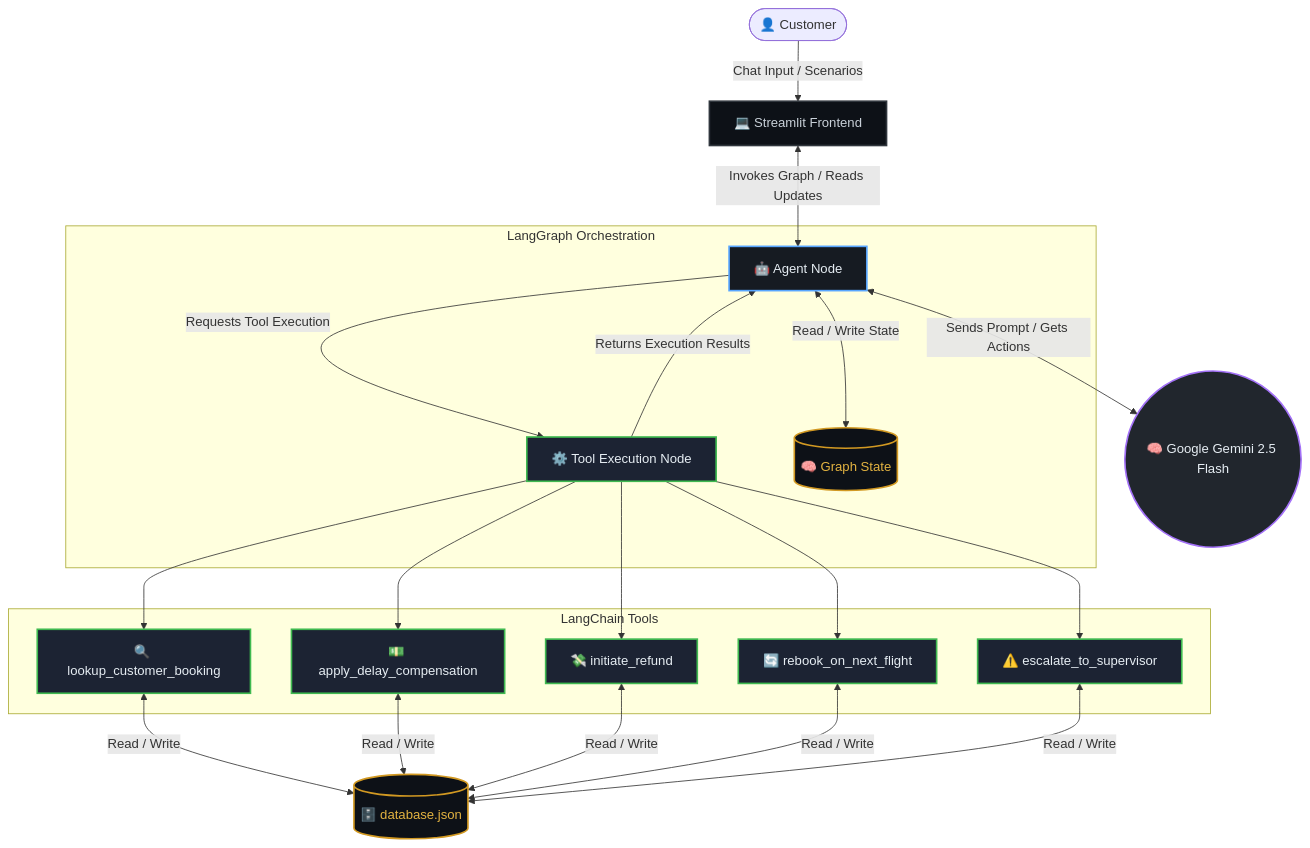
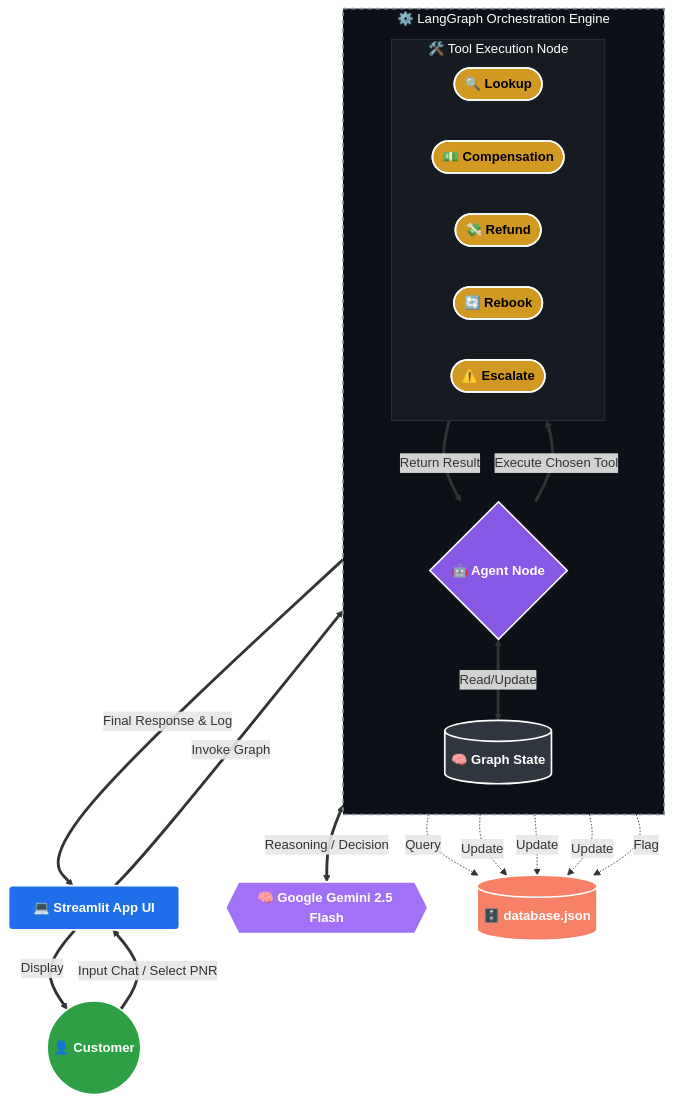
One commit to ShubhamPandey020525/Costumer-Interection-Agent changed the diagram in README.md. Above: the diagram before and after it, drawn with Mermaid.

Commit message:
Updated architecture diagram to be extremely beautiful with advanced Mermaid styling

````diff
--- a/README.md
+++ b/README.md
@@ -31,52 +31,51 @@
 ```mermaid
-graph TD
-    %% Styling
-    classDef ui fill:#0d1117,stroke:#30363d,stroke-width:2px,color:#c9d1d9
-    classDef agent fill:#161b22,stroke:#58a6ff,stroke-width:2px,color:#e6edf3
-    classDef llm fill:#21262d,stroke:#a371f7,stroke-width:2px,color:#e6edf3
-    classDef tool fill:#1c2333,stroke:#3fb950,stroke-width:2px,color:#e6edf3
-    classDef db fill:#0d1117,stroke:#d29922,stroke-width:2px,color:#e3b341
+flowchart TB
+    %% Beautiful Styling & Colors
+    classDef user fill:#2EA043,stroke:#ffffff,stroke-width:2px,color:#ffffff,font-weight:bold,rx:10,ry:10
+    classDef ui fill:#1F6FEB,stroke:#ffffff,stroke-width:2px,color:#ffffff,font-weight:bold,rx:5,ry:5
+    classDef agent fill:#8957E5,stroke:#ffffff,stroke-width:2px,color:#ffffff,font-weight:bold
+    classDef tool fill:#D29922,stroke:#ffffff,stroke-width:2px,color:#000000,font-weight:bold,rx:15,ry:15
+    classDef db fill:#F78166,stroke:#ffffff,stroke-width:2px,color:#ffffff,font-weight:bold
+    classDef llm fill:#A371F7,stroke:#ffffff,stroke-width:2px,color:#ffffff,font-weight:bold
+    classDef state fill:#30363D,stroke:#ffffff,stroke-width:2px,color:#ffffff,font-weight:bold
 
-    User([👤 Customer]) -->|Chat Input / Scenarios| UI[💻 Streamlit Frontend]
-    UI:::ui
+    User((👤 Customer)):::user
+    UI[💻 Streamlit App UI]:::ui
+    LLM{{🧠 Google Gemini 2.5 Flash}}:::llm
+    DB[(🗄️ database.json)]:::db
 
-    subgraph LangGraph State Machine [LangGraph Orchestration]
-        Agent[🤖 Agent Node]
-        ToolNode[⚙️ Tool Execution Node]
-        State[(🧠 Graph State)]
+    subgraph LangGraph["⚙️ LangGraph Orchestration Engine"]
+        direction TB
+        Agent{🤖 Agent Node}:::agent
+        State[(🧠 Graph State)]:::state
+        
+        subgraph Tools["🛠️ Tool Execution Node"]
+            direction LR
+            T1([🔍 Lookup]):::tool
+            T2([💵 Compensation]):::tool
+            T3([💸 Refund]):::tool
+            T4([🔄 Rebook]):::tool
+            T5([⚠️ Escalate]):::tool
+        end
     end
-    Agent:::agent
-    ToolNode:::tool
-    State:::db
 
-    UI <-->|Invokes Graph / Reads Updates| Agent
+    User ==>|Input Chat / Select PNR| UI
+    UI ==>|Invoke Graph| LangGraph
     
-    Agent <-->|Read / Write State| State
-    Agent <-->|Sends Prompt / Gets Actions| LLM((🧠 Google Gemini 2.5 Flash))
-    LLM:::llm
+    Agent <==>|Read/Update| State
+    Agent <==>|Reasoning / Decision| LLM
+    Agent ==>|Execute Chosen Tool| Tools
+    
+    T1 -.->|Query| DB
+    T2 -.->|Update| DB
+    T3 -.->|Update| DB
+    T4 -.->|Update| DB
+    T5 -.->|Flag| DB
+    
+    Tools ==>|Return Result| Agent
+    LangGraph ==>|Final Response & Log| UI
+    UI ==>|Display| User
 
-    Agent -->|Requests Tool Execution| ToolNode
-    ToolNode -->|Returns Execution Results| Agent
-
-    subgraph Available Agent Tools [LangChain Tools]
-        T1[🔍 lookup_customer_booking]
-        T2[💵 apply_delay_compensation]
-        T3[💸 initiate_refund]
-        T4[🔄 rebook_on_next_flight]
-        T5[⚠️ escalate_to_supervisor]
-    end
-    
-    ToolNode --> T1
-    ToolNode --> T2
-    ToolNode --> T3
-    ToolNode --> T4
-    ToolNode --> T5
-    T1:::tool
-    T2:::tool
-    T3:::tool
-    T4:::tool
-    T5:::tool
-
-    T1 & T2 & T3 & T4 & T5 <-->|Read / Write| DB[(🗄️ database.json)]
-    DB:::db
+    style LangGraph fill:#0D1117,stroke:#8B949E,stroke-width:2px,stroke-dasharray: 5 5,color:#fff
+    style Tools fill:#161B22,stroke:#30363D,stroke-width:1px,color:#fff
 ```
````
